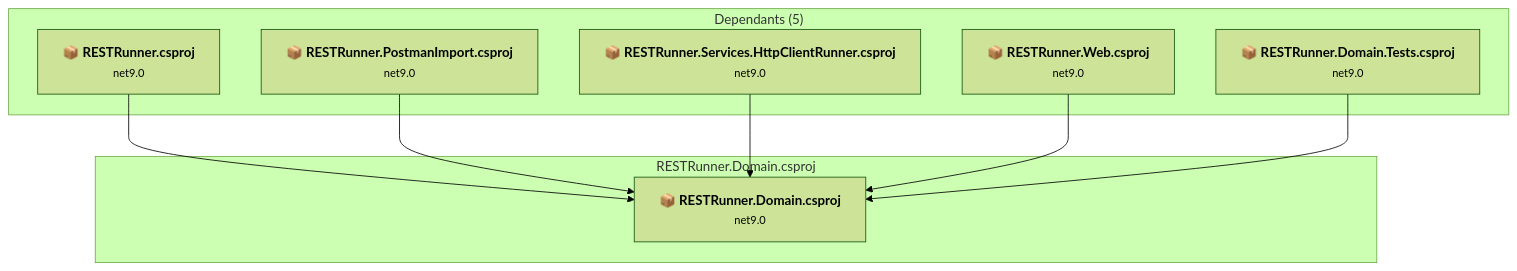
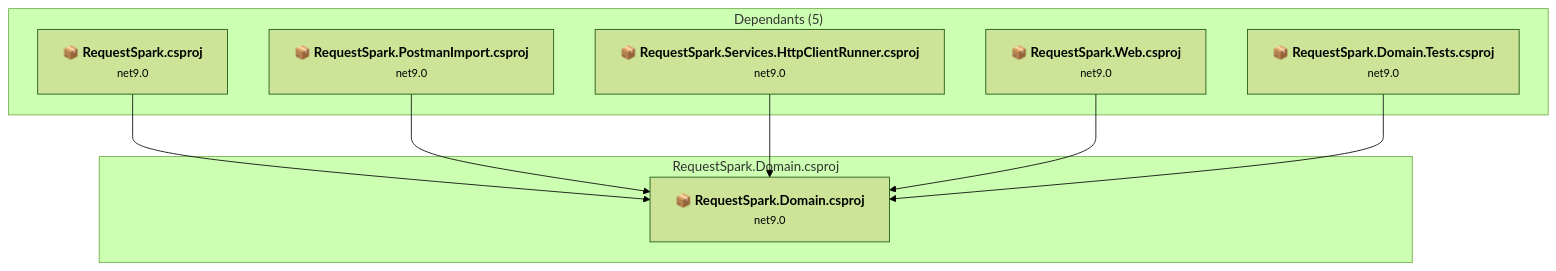
The third of 7 diagrams in .github/upgrades/assessment.md (markhazleton/RESTRunner), drawn with Mermaid (forest theme) before and after one commit. The commit also changed other lines of this file and 326 other files, not shown here.

First line of the commit message:
feat(rebrand): rename RESTRunner to RequestSpark (#11)

````diff
--- a/.github/upgrades/assessment.md
+++ b/.github/upgrades/assessment.md
@@ -223,25 +225,25 @@
 ```mermaid
 flowchart TB
     subgraph upstream["Dependants (5)"]
-        P1["<b>📦&nbsp;RESTRunner.csproj</b><br/><small>net9.0</small>"]
-        P3["<b>📦&nbsp;RESTRunner.PostmanImport.csproj</b><br/><small>net9.0</small>"]
-        P4["<b>📦&nbsp;RESTRunner.Services.HttpClientRunner.csproj</b><br/><small>net9.0</small>"]
-        P5["<b>📦&nbsp;RESTRunner.Web.csproj</b><br/><small>net9.0</small>"]
-        P6["<b>📦&nbsp;RESTRunner.Domain.Tests.csproj</b><br/><small>net9.0</small>"]
-        click P1 "#restrunnerrestrunnercsproj"
-        click P3 "#restrunnerpostmanimportrestrunnerpostmanimportcsproj"
-        click P4 "#restrunnerserviceshttpclientrestrunnerserviceshttpclientrunnercsproj"
-        click P5 "#restrunnerwebrestrunnerwebcsproj"
-        click P6 "#restrunnerdomaintestsrestrunnerdomaintestscsproj"
+        P1["<b>📦&nbsp;RequestSpark.csproj</b><br/><small>net9.0</small>"]
+        P3["<b>📦&nbsp;RequestSpark.PostmanImport.csproj</b><br/><small>net9.0</small>"]
+        P4["<b>📦&nbsp;RequestSpark.Services.HttpClientRunner.csproj</b><br/><small>net9.0</small>"]
+        P5["<b>📦&nbsp;RequestSpark.Web.csproj</b><br/><small>net9.0</small>"]
+        P6["<b>📦&nbsp;RequestSpark.Domain.Tests.csproj</b><br/><small>net9.0</small>"]
+        click P1 "#requestsparkrequestsparkcsproj"
+        click P3 "#requestsparkpostmanimportrequestsparkpostmanimportcsproj"
+        click P4 "#requestsparkserviceshttpclientrequestsparkserviceshttpclientrunnercsproj"
+        click P5 "#requestsparkwebrequestsparkwebcsproj"
+        click P6 "#requestsparkdomaintestsrequestsparkdomaintestscsproj"
     end
-    subgraph current["RESTRunner.Domain.csproj"]
-        MAIN["<b>📦&nbsp;RESTRunner.Domain.csproj</b><br/><small>net9.0</small>"]
-        click MAIN "#restrunnerdomainrestrunnerdomaincsproj"
+    subgraph current["RequestSpark.Domain.csproj"]
+        MAIN["<b>📦&nbsp;RequestSpark.Domain.csproj</b><br/><small>net9.0</small>"]
+        click MAIN "#requestsparkdomainrequestsparkdomaincsproj"
     end
     P1 --> MAIN
     P3 --> MAIN
     P4 --> MAIN
     P5 --> MAIN
     P6 --> MAIN
 
 ```
````
